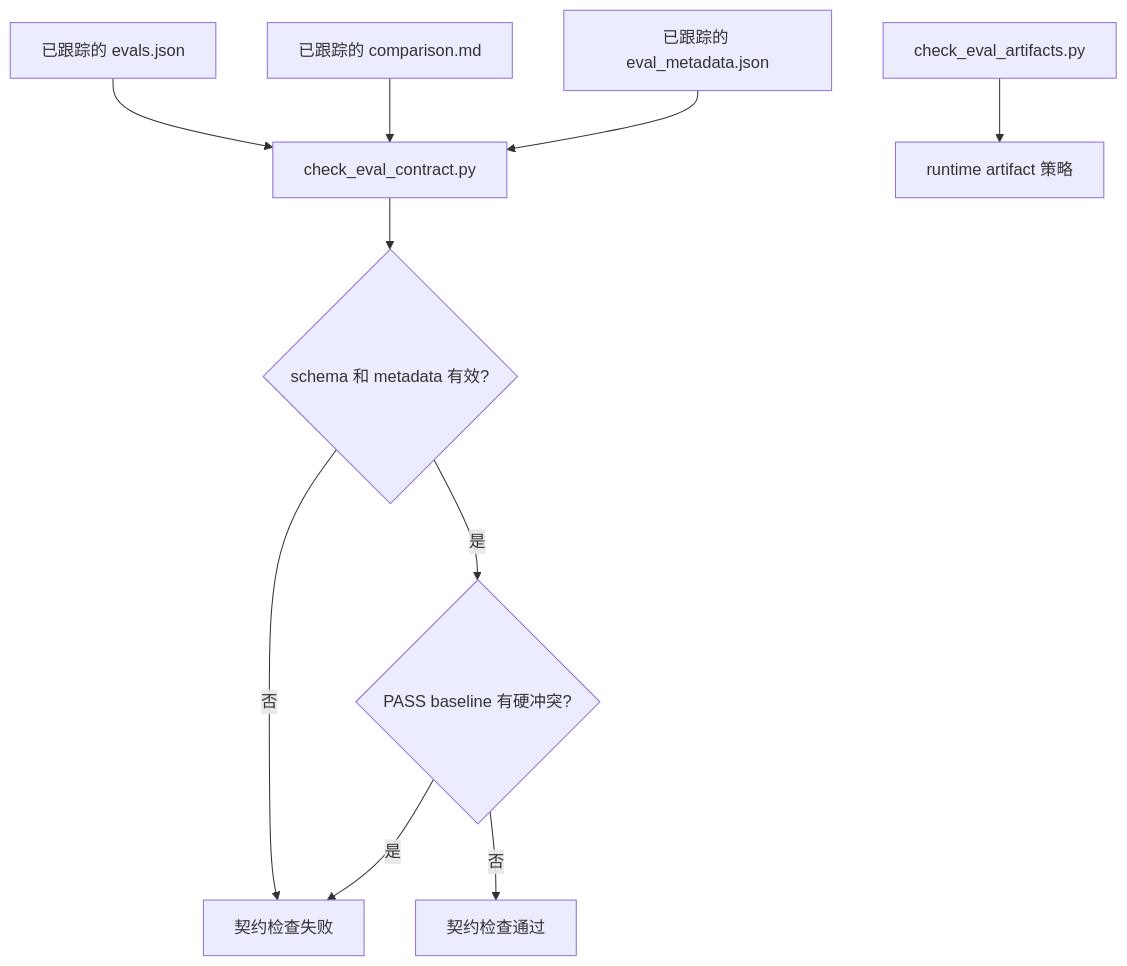
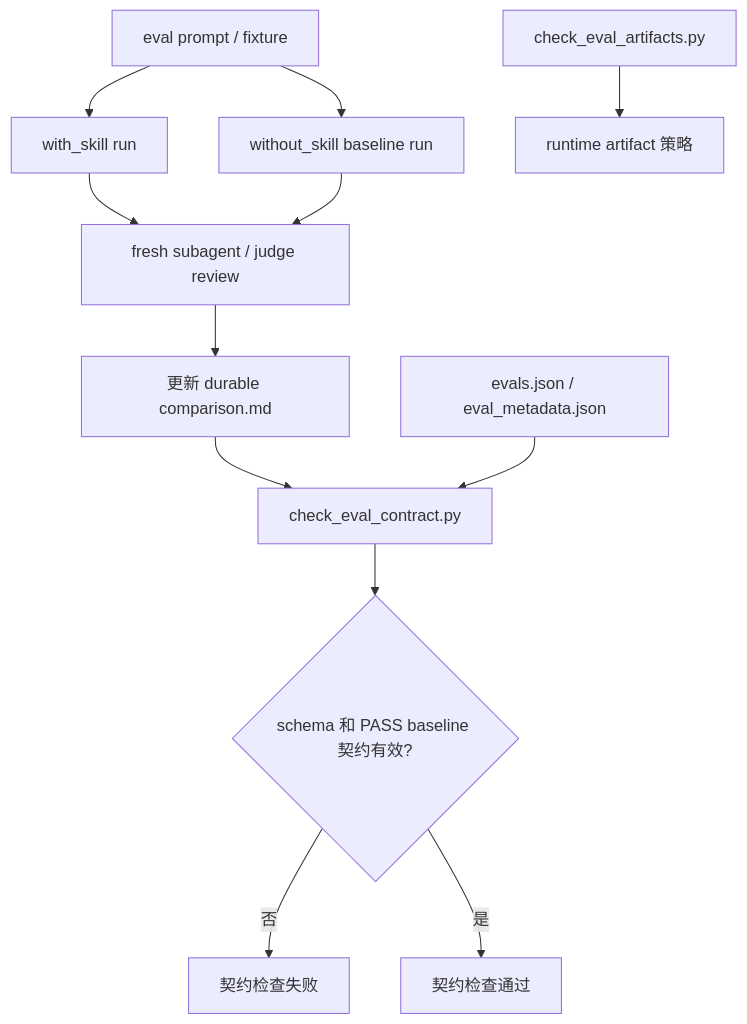
Before and after one commit to Neplich/dev-agent-skills: the first of 2 diagrams in docs/engineer/eval-baseline-evidence-contract/TRD.md, drawn with Mermaid. The commit also changed other lines of this file and 13 other files, not shown here.

First line of the commit message:
fix: 补齐 fresh subagent baseline 协议

````diff
--- a/docs/engineer/eval-baseline-evidence-contract/TRD.md
+++ b/docs/engineer/eval-baseline-evidence-contract/TRD.md
@@ -52,12 +59,14 @@
 ```mermaid
 flowchart TD
-    A["已跟踪的 evals.json"] --> B["check_eval_contract.py"]
-    C["已跟踪的 comparison.md"] --> B
-    D["已跟踪的 eval_metadata.json"] --> B
-    B --> E{"schema 和 metadata 有效?"}
-    E -->|否| F["契约检查失败"]
-    E -->|是| G{"PASS baseline 有硬冲突?"}
-    G -->|是| F
-    G -->|否| H["契约检查通过"]
-    I["check_eval_artifacts.py"] --> J["runtime artifact 策略"]
+    A["eval prompt / fixture"] --> B["with_skill run"]
+    A --> C["without_skill baseline run"]
+    B --> D["fresh subagent / judge review"]
+    C --> D
+    D --> E["更新 durable comparison.md"]
+    E --> F["check_eval_contract.py"]
+    G["evals.json / eval_metadata.json"] --> F
+    F --> H{"schema 和 PASS baseline 契约有效?"}
+    H -->|否| I["契约检查失败"]
+    H -->|是| J["契约检查通过"]
+    K["check_eval_artifacts.py"] --> L["runtime artifact 策略"]
 ```
````
